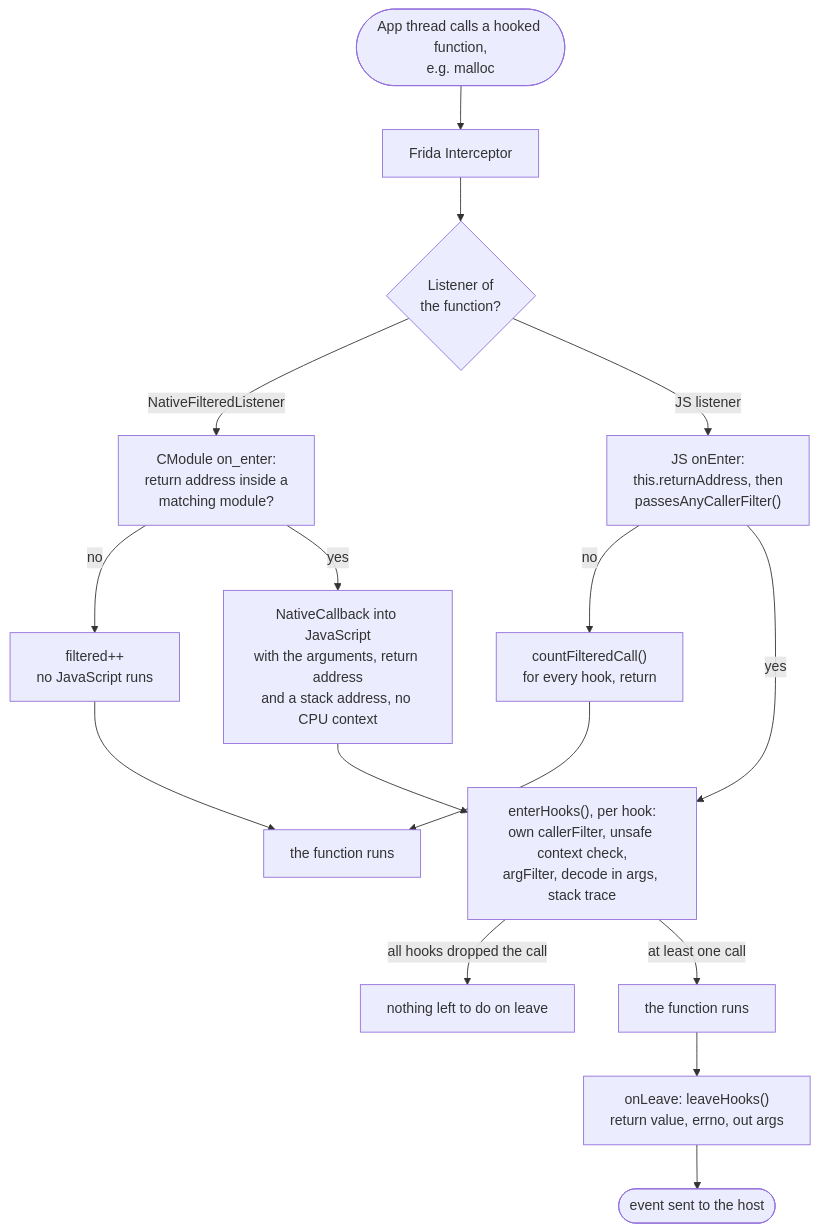
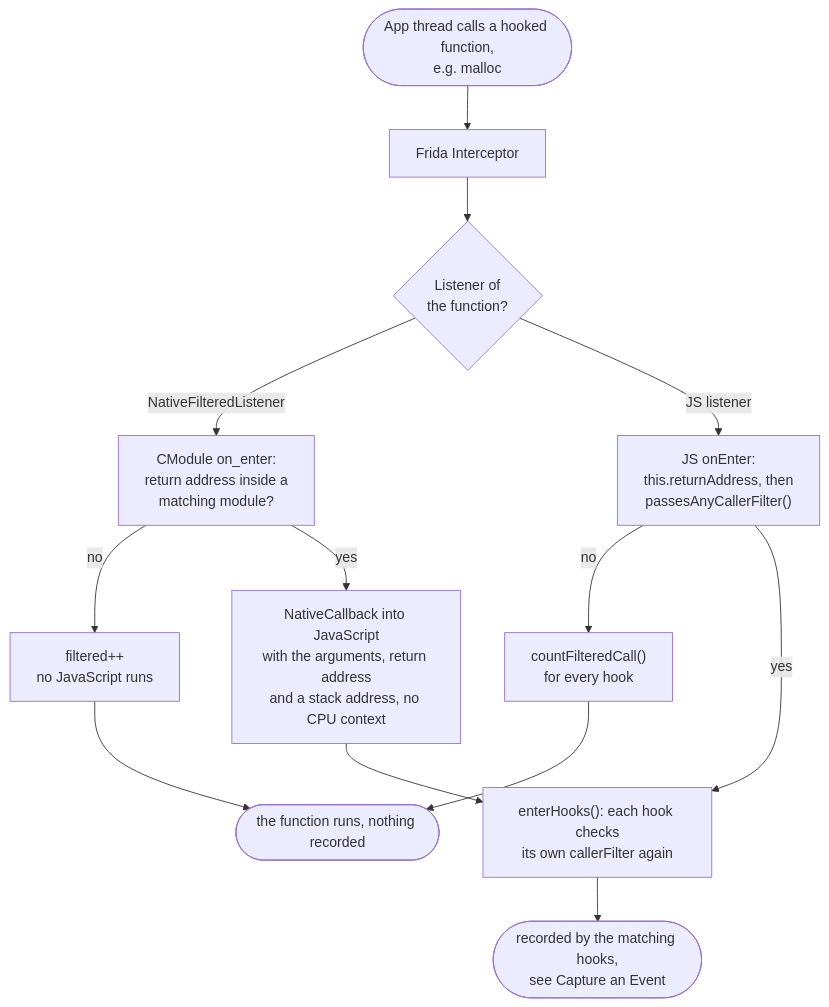
The seventh of 8 diagrams in docs/under-the-hood.md (bernhste/frooky), drawn with Mermaid before and after one commit. The commit also changed other lines of this file and 21 other files, not shown here.

````diff
--- a/docs/under-the-hood.md
+++ b/docs/under-the-hood.md
@@ -339,21 +375,18 @@
 ```mermaid
 flowchart TD
     call(["App thread calls a hooked function,<br/>e.g. malloc"]) --> icpt["Frida Interceptor"]
     icpt --> kind{"Listener of<br/>the function?"}
 
     kind -->|NativeFilteredListener| cmod["CModule on_enter:<br/>return address inside a<br/>matching module?"]
     cmod -->|no| cdrop["filtered++<br/>no JavaScript runs"]
     cmod -->|yes| cb["NativeCallback into JavaScript<br/>with the arguments, return address<br/>and a stack address, no CPU context"]
 
     kind -->|JS listener| jsenter["JS onEnter:<br/>this.returnAddress, then<br/>passesAnyCallerFilter()"]
-    jsenter -->|no| jsdrop["countFilteredCall()<br/>for every hook, return"]
+    jsenter -->|no| jsdrop["countFilteredCall()<br/>for every hook"]
     jsenter -->|yes| hooks
 
-    cb --> hooks["enterHooks(), per hook:<br/>own callerFilter, unsafe context check,<br/>argFilter, decode in args, stack trace"]
-    hooks -->|all hooks dropped the call| none["nothing left to do on leave"]
-    hooks -->|at least one call| run["the function runs"]
-    cdrop --> orig["the function runs"]
+    cb --> hooks["enterHooks(): each hook checks<br/>its own callerFilter again"]
+    hooks --> recorded(["recorded by the matching hooks,<br/>see Capture an Event"])
+    cdrop --> orig(["the function runs, nothing recorded"])
     jsdrop --> orig
-    run --> leaving["onLeave: leaveHooks()<br/>return value, errno, out args"]
-    leaving --> event(["event sent to the host"])
 ```
````
